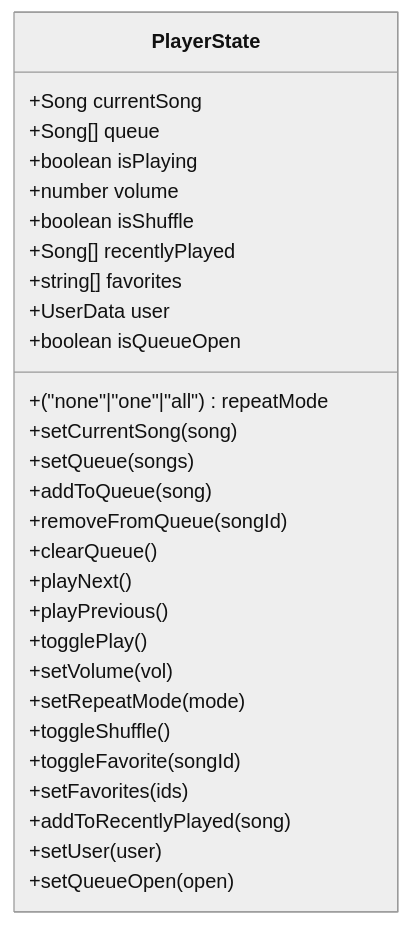
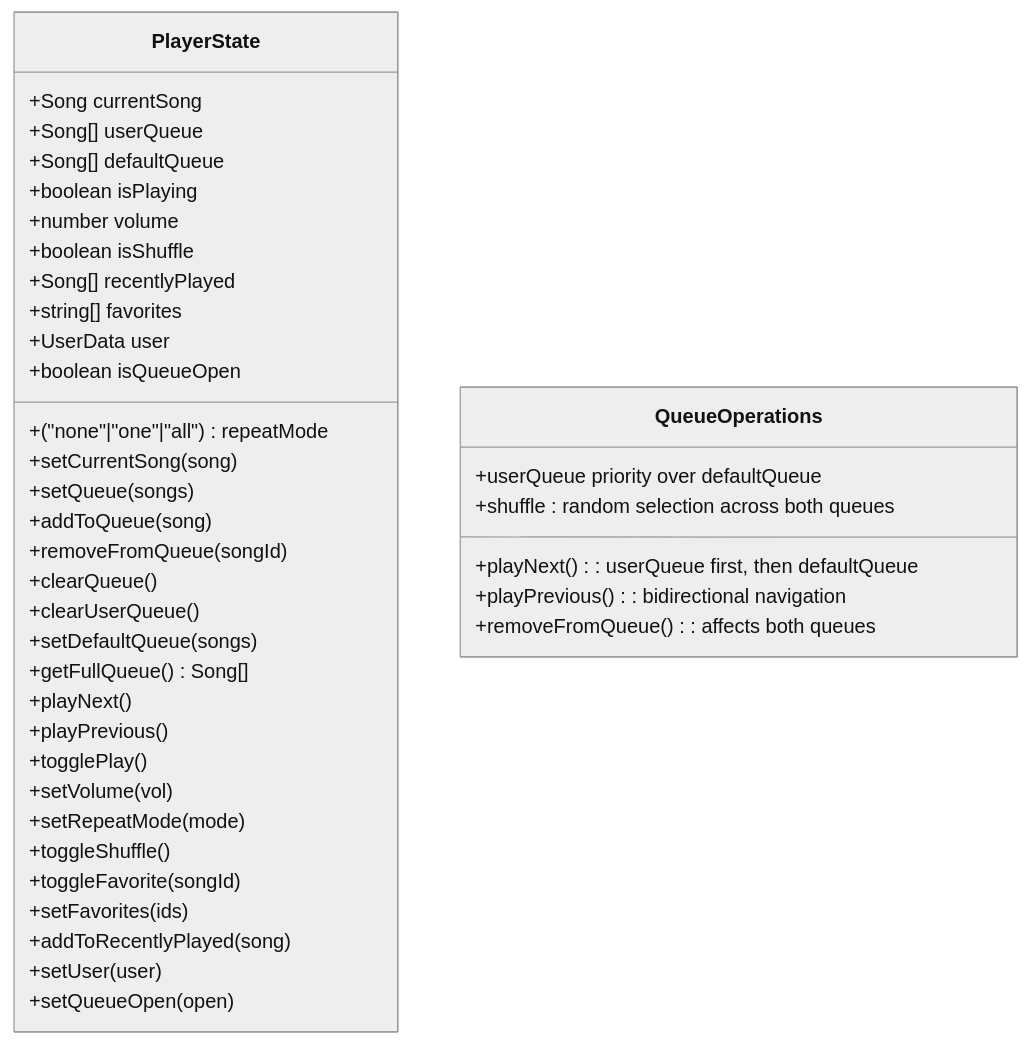
Before and after one commit to moindestiny/SonicStream: the seventh of 11 diagrams in .qoder/repowiki/en/content/Core Features/Audio Player.md, drawn with Mermaid (neutral theme). The commit also changed other lines of this file and 5 other files, not shown here.

````diff
--- a/.qoder/repowiki/en/content/Core Features/Audio Player.md
+++ b/.qoder/repowiki/en/content/Core Features/Audio Player.md
@@ -297,31 +437,42 @@
 ```mermaid
 classDiagram
 class PlayerState {
 +Song currentSong
-+Song[] queue
++Song[] userQueue
++Song[] defaultQueue
 +boolean isPlaying
 +number volume
 +("none"|"one"|"all") repeatMode
 +boolean isShuffle
 +Song[] recentlyPlayed
 +string[] favorites
 +UserData user
 +boolean isQueueOpen
 +setCurrentSong(song)
 +setQueue(songs)
 +addToQueue(song)
 +removeFromQueue(songId)
 +clearQueue()
++clearUserQueue()
++setDefaultQueue(songs)
++getFullQueue() Song[]
 +playNext()
 +playPrevious()
 +togglePlay()
 +setVolume(vol)
 +setRepeatMode(mode)
 +toggleShuffle()
 +toggleFavorite(songId)
 +setFavorites(ids)
 +addToRecentlyPlayed(song)
 +setUser(user)
 +setQueueOpen(open)
 }
+class QueueOperations {
++userQueue priority over defaultQueue
++playNext() : userQueue first, then defaultQueue
++playPrevious() : bidirectional navigation
++shuffle : random selection across both queues
++removeFromQueue() : affects both queues
+}
 ```
````
